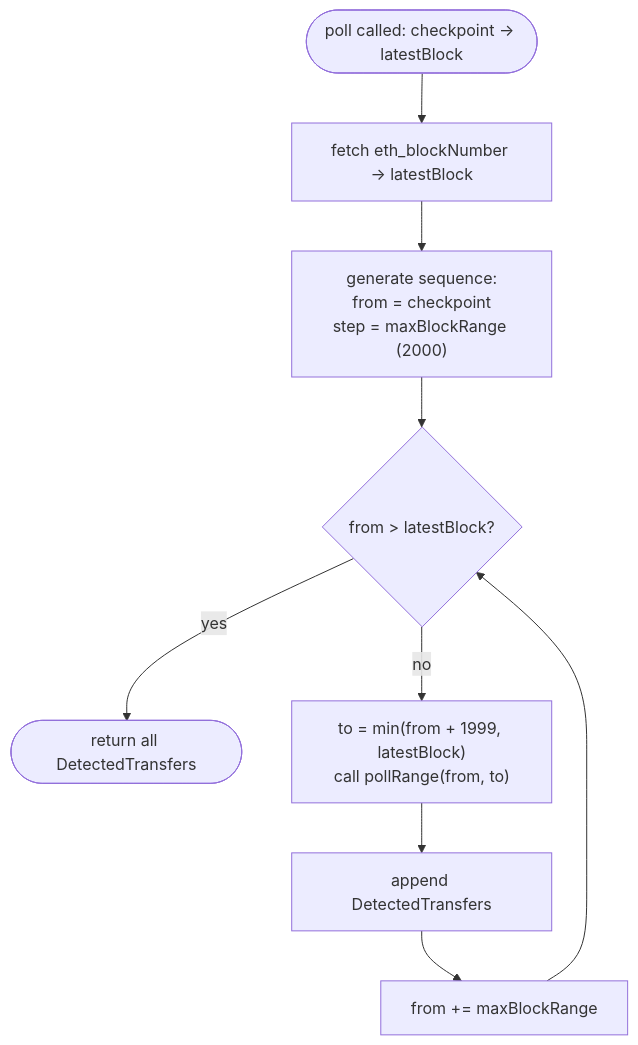
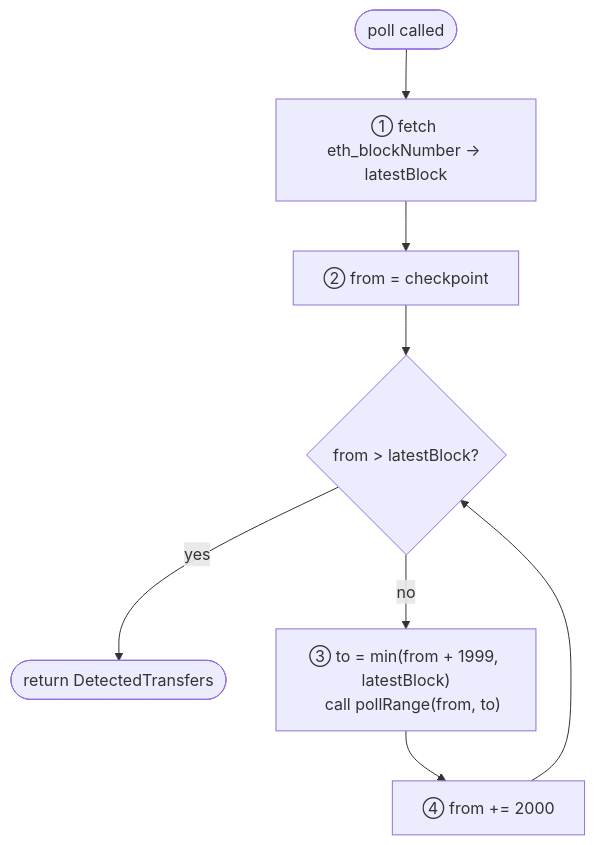
Before and after one commit to idem-finance/idem: the third of 4 diagrams in docs/evm-chain-reader.md, drawn with Mermaid. The commit also changed other lines of this file and 2 other files, not shown here.

````diff
--- a/docs/evm-chain-reader.md
+++ b/docs/evm-chain-reader.md
@@ -154,11 +143,10 @@
 ```mermaid
 flowchart TD
-    A([poll called: checkpoint → latestBlock]) --> B["fetch eth_blockNumber → latestBlock"]
-    B --> C["generate sequence:\nfrom = checkpoint\nstep = maxBlockRange (2000)"]
+    A([poll called]) --> B["① fetch eth_blockNumber → latestBlock"]
+    B --> C["② from = checkpoint"]
     C --> D{from > latestBlock?}
-    D -- yes --> Z([return all DetectedTransfers])
-    D -- no --> E["to = min(from + 1999, latestBlock)\ncall pollRange(from, to)"]
-    E --> F["append DetectedTransfers"]
-    F --> G["from += maxBlockRange"]
-    G --> D
+    D -- yes --> Z([return DetectedTransfers])
+    D -- no --> E["③ to = min(from + 1999, latestBlock)\n   call pollRange(from, to)"]
+    E --> F["④ from += 2000"]
+    F --> D
 ```
````
